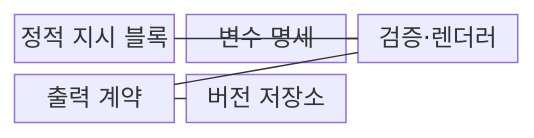
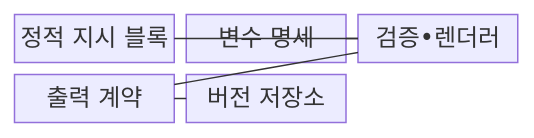
The first of 2 diagrams in src/content/docs/notes/08-latest-tech/036_prompt_template.md (agnusdei1207/knowledge-base), drawn with Mermaid before and after one commit. The commit also changed other lines of this file and 953 other files, not shown here.

````diff
--- a/src/content/docs/notes/08-latest-tech/036_prompt_template.md
+++ b/src/content/docs/notes/08-latest-tech/036_prompt_template.md
@@ -71,13 +71,13 @@
 ```mermaid
 block-beta
   columns 3
   A["정적 지시 블록"]
   B["변수 명세"]
-  C["검증·렌더러"]
+  C["검증•렌더러"]
   D["출력 계약"]
   E["버전 저장소"]
   A --- C
   B --- C
   C --- D
   D --- E
 ```
````
